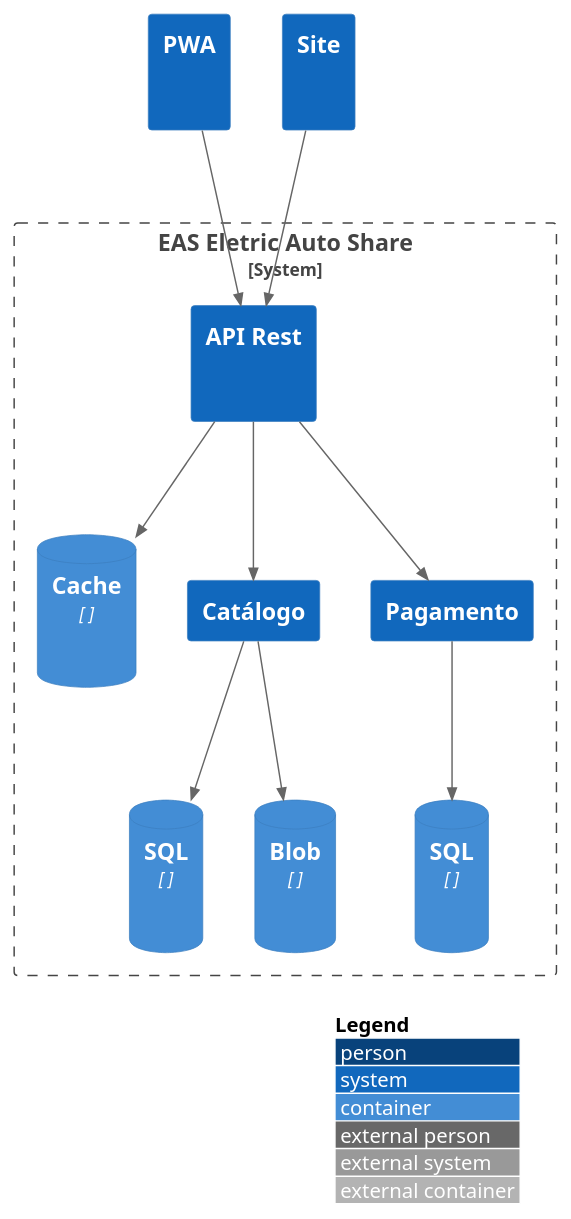
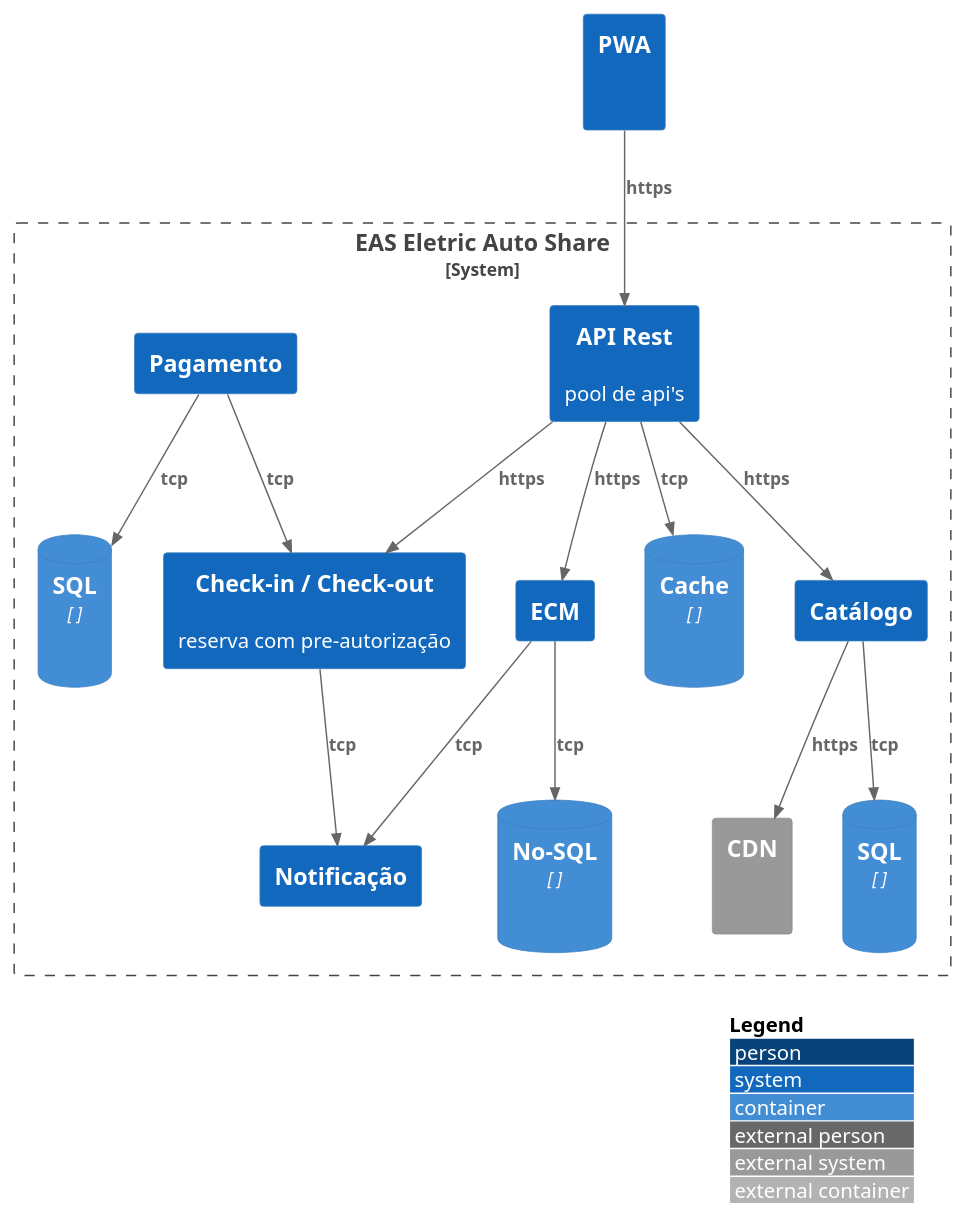
The diagram in src/Nivel 2/deployment.puml (felipementel/c4-model-builder), drawn with PlantUML before and after one commit. The commit also changed 11 other files, not shown here.

```diff
--- a/src/Nivel 2/deployment.puml
+++ b/src/Nivel 2/deployment.puml
@@ -1,39 +1,36 @@
 @startuml
 !include https://raw.githubusercontent.com/adrianvlupu/C4-PlantUML/latest/C4_Deployment.puml
 
 LAYOUT_WITH_LEGEND()
 
 System(pwa, "PWA", " ")
-System(site, "Site", " ")
+'System(site, "Site", " ")
 
 System_Boundary(eeas, "EAS Eletric Auto Share") {
-    System(api, "API Rest", " ")
+    System(api, "API Rest", "pool de api's")
     ContainerDb(apiCache, "Cache", " ", " ")
     System(catalogoApi, "Catálogo", "")
+    System(notificacaoApi, "Notificação", "")
+    System(CheckInCheckouApi, "Check-in / Check-out", "reserva com pre-autorização")
+    System(ECMApi, "ECM", "")
+    ContainerDb(ECMData, "No-SQL", " ", " ")
     ContainerDb(catalogoSQL, "SQL", " ", " ")
-    ContainerDb(catalogoBlob, "Blob", " ", " ")
+    System_Ext(CDNBlobImages, "CDN", " ")
     System(pagamentoApi, "Pagamento", "")
     ContainerDb(pagamentoSQL, "SQL", " ", " ")
-    'System_Ext(bot, "Bot", "Bot do Azure")
-    'System_Ext(pagamentoService, "Pagamento", "Mercado Pago")
-    'System_Ext(CMSService, "CMS", "Webflow")
-    'System_Ext(autenticacaoService, "Autenticação", "Azure AD")
-    'System_Ext(emailMarketingService, "E-mail Marketing", "Mailchimp")
 }
 
-Rel(pwa, api, " ")
-Rel(site, api, " ")
-Rel(api, apiCache, " ")
-Rel(api, catalogoApi, " ")
-Rel(catalogoApi, catalogoSQL, " ")
-Rel(catalogoApi, catalogoBlob, " ")
-Rel(api, pagamentoApi, " ")
-Rel(pagamentoApi, pagamentoSQL, " ")
-
-'Rel(pagamentoApi, pagamentoService, " ")
-'Rel(CMSService, cliente, " ")
-'Rel(autenticacaoService, cliente, " ")
-'Rel(emailMarketingService, cliente, " ")
-'Rel(bot, cliente, " ")
+Rel(pwa, api, "https")
+Rel(api, apiCache, "tcp")
+Rel(api, ECMApi, "https")
+Rel(api, catalogoApi, "https")
+Rel(catalogoApi, catalogoSQL, "tcp")
+Rel(catalogoApi, CDNBlobImages, "https")
+Rel(pagamentoApi, pagamentoSQL, "tcp")
+Rel(pagamentoApi, CheckInCheckouApi, "tcp")
+Rel(api, CheckInCheckouApi, "https")
+Rel(ECMApi, ECMData, "tcp")
+Rel(CheckInCheckouApi, notificacaoApi, "tcp")
+Rel(ECMApi, notificacaoApi, "tcp")
 
 @enduml
```
